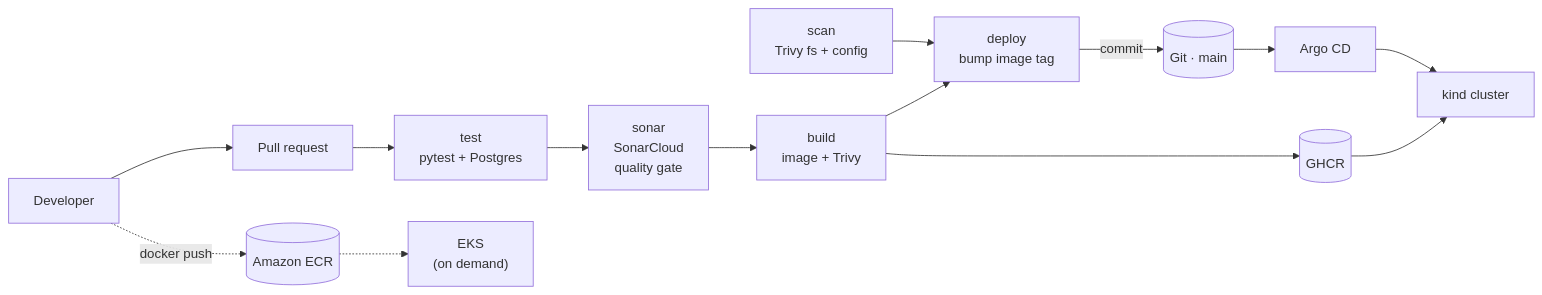
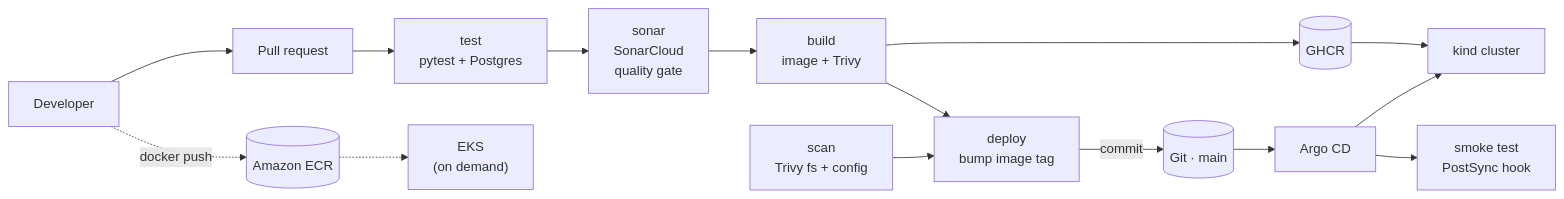
One commit to rkhnania/harbourline-k8s-lab changed the diagram in README.md. Above: the diagram before and after it, drawn with Mermaid. The commit also changed other lines of this file, not shown here.

````diff
--- a/README.md
+++ b/README.md
@@ -34,16 +46,17 @@
 ```mermaid
 flowchart LR
   dev["Developer"] --> pr["Pull request"]
   pr --> test["test<br/>pytest + Postgres"]
   test --> sonar["sonar<br/>SonarCloud<br/>quality gate"]
   sonar --> build["build<br/>image + Trivy"]
   scan["scan<br/>Trivy fs + config"] --> deploy
   build --> deploy["deploy<br/>bump image tag"]
   build --> ghcr[("GHCR")]
   deploy -->|"commit"| git[("Git · main")]
   git --> argo["Argo CD"]
   argo --> kind["kind cluster"]
+  argo --> smoke["smoke test<br/>PostSync hook"]
   ghcr --> kind
   dev -.->|"docker push"| ecr[("Amazon ECR")]
   ecr -.-> eks["EKS<br/>(on demand)"]
 ```
````
